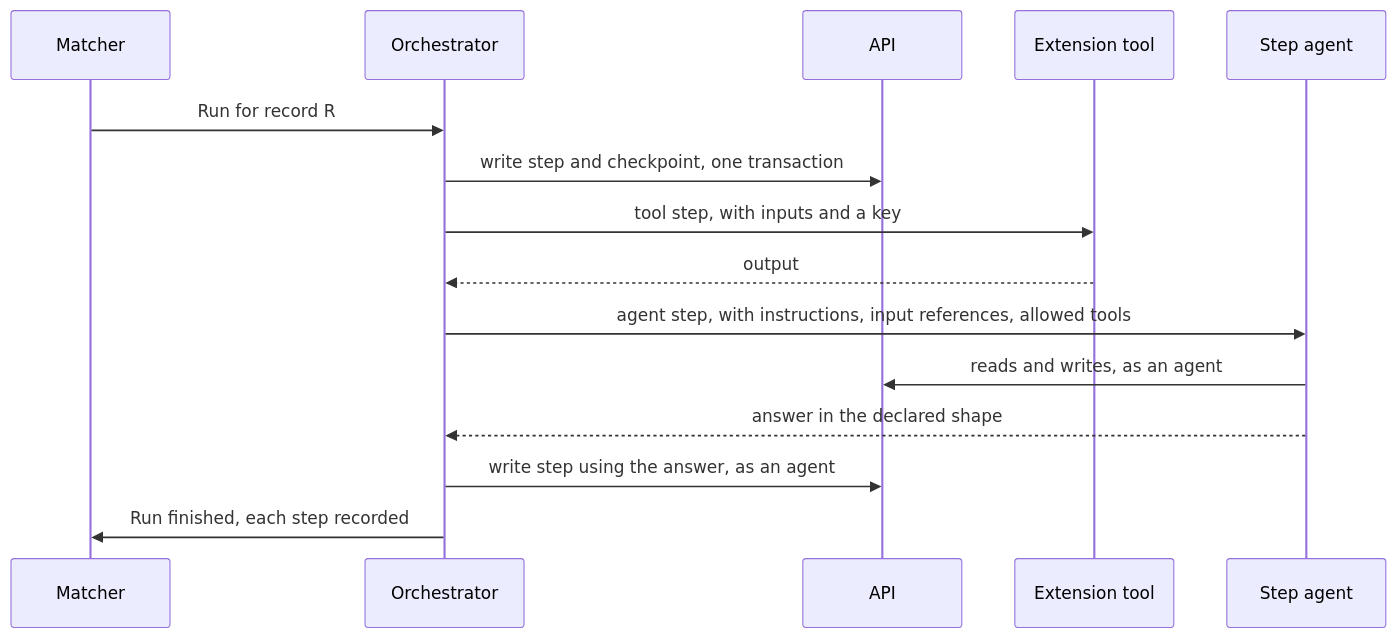
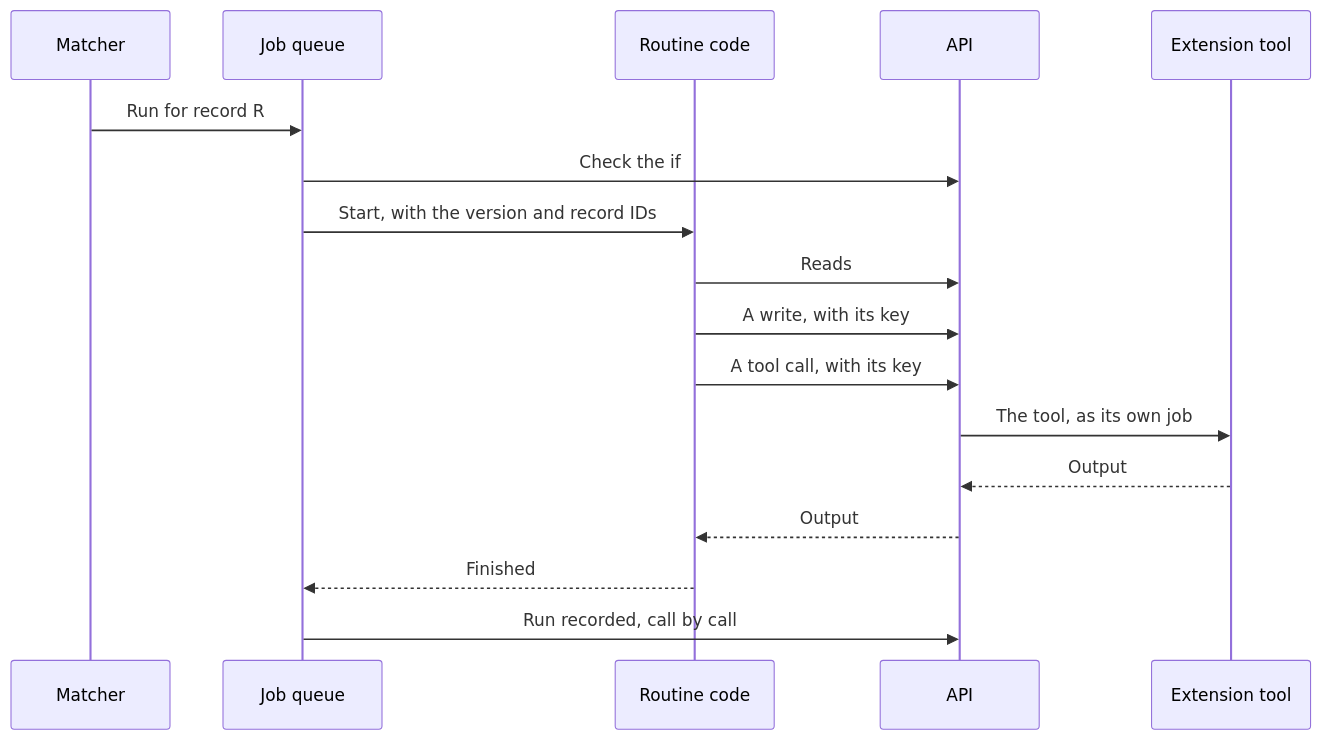
The fourth of 5 diagrams in docs/specs/routines.md (Tamloot-cc/Retainer), drawn with Mermaid before and after one commit. The commit also changed other lines of this file, not shown here.

First line of the commit message:
Rewrite the Routines spec: a routine is TypeScript code

````diff
--- a/docs/specs/routines.md
+++ b/docs/specs/routines.md
@@ -595,17 +605,19 @@
 ```mermaid
 sequenceDiagram
   participant M as Matcher
-  participant O as Orchestrator
+  participant Q as Job queue
+  participant C as Routine code
   participant A as API
   participant T as Extension tool
-  participant G as Step agent
-  M->>O: Run for record R
-  O->>A: write step and checkpoint, one transaction
-  O->>T: tool step, with inputs and a key
-  T-->>O: output
-  O->>G: agent step, with instructions, input references, allowed tools
-  G->>A: reads and writes, as an agent
-  G-->>O: answer in the declared shape
-  O->>A: write step using the answer, as an agent
-  O->>M: Run finished, each step recorded
+  M->>Q: Run for record R
+  Q->>A: Check the if
+  Q->>C: Start, with the version and record IDs
+  C->>A: Reads
+  C->>A: A write, with its key
+  C->>A: A tool call, with its key
+  A->>T: The tool, as its own job
+  T-->>A: Output
+  A-->>C: Output
+  C-->>Q: Finished
+  Q->>A: Run recorded, call by call
 ```
````
